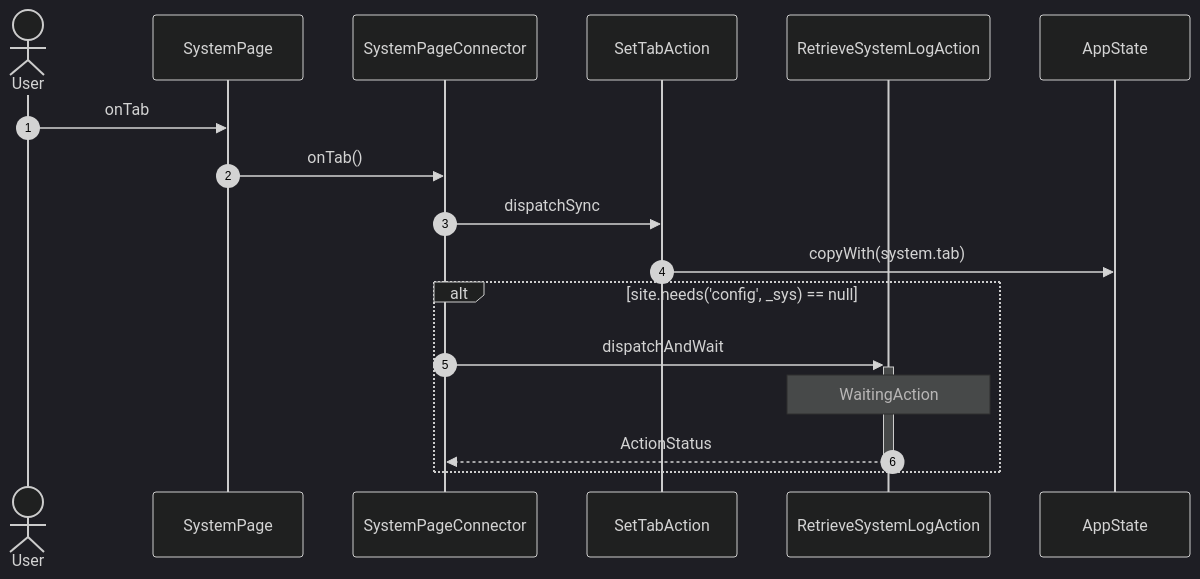
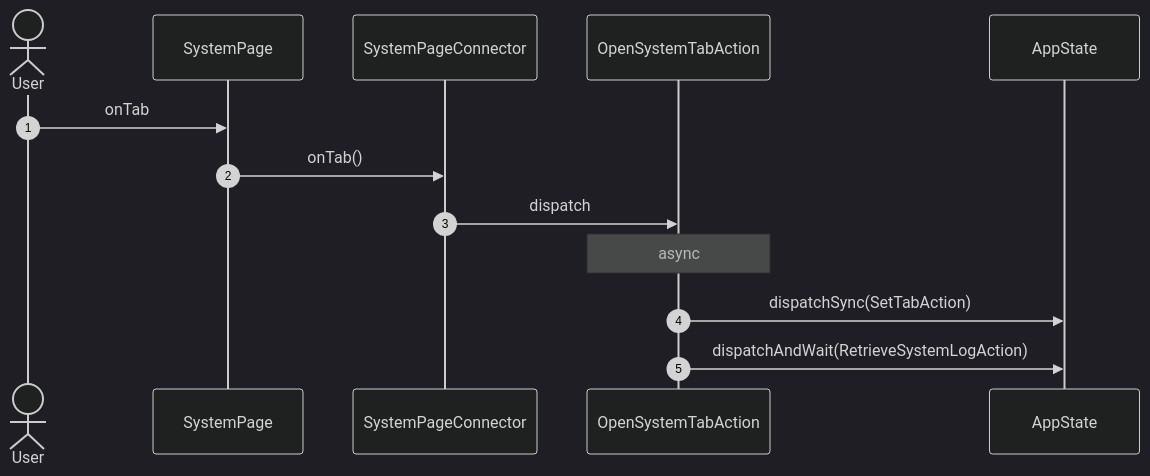
The fourth of 26 diagrams in studio/docs/flows/system.md (gencto/wyrm), drawn with Mermaid (dark theme) before and after one commit. The commit also changed other lines of this file and 88 other files, not shown here.

First line of the commit message:
studio: system: typed values, words in ui, one action per intent

````diff
--- a/studio/docs/flows/system.md
+++ b/studio/docs/flows/system.md
@@ -109,20 +63,16 @@
 ```mermaid
 sequenceDiagram
     autonumber
     actor User
     participant UI as SystemPage
     participant VM as SystemPageConnector
-    participant A1 as SetTabAction
-    participant A2 as RetrieveSystemLogAction
+    participant A1 as OpenSystemTabAction
     participant ST as AppState
 
     User->>UI: onTab
     UI->>VM: onTab()
-    VM->>A1: dispatchSync
-    A1->>ST: copyWith(system.tab)
-    alt site.needs('config', _sys) == null
-        VM->>+A2: dispatchAndWait
-        Note over A2: WaitingAction
-        A2-->>-VM: ActionStatus
-    end
+    VM->>A1: dispatch
+    Note over A1: async
+    A1->>ST: dispatchSync(SetTabAction)
+    A1->>ST: dispatchAndWait(RetrieveSystemLogAction)
 ```
````
